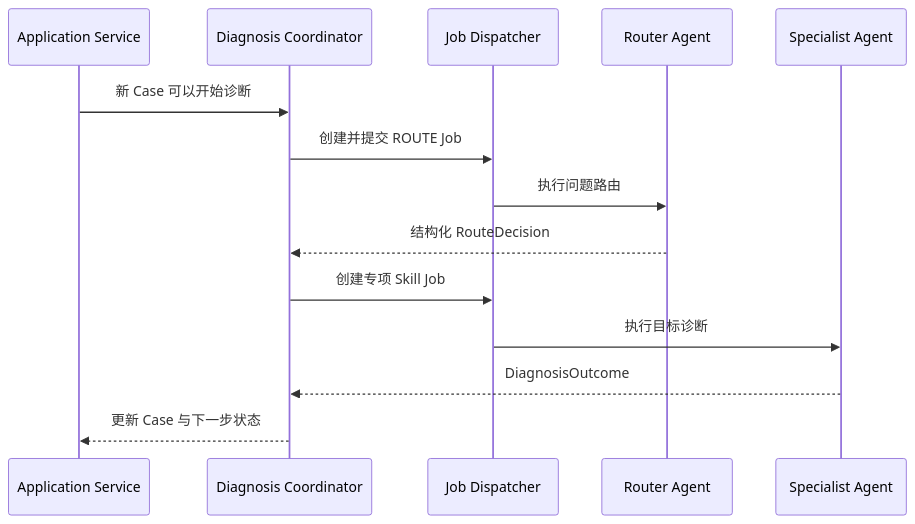
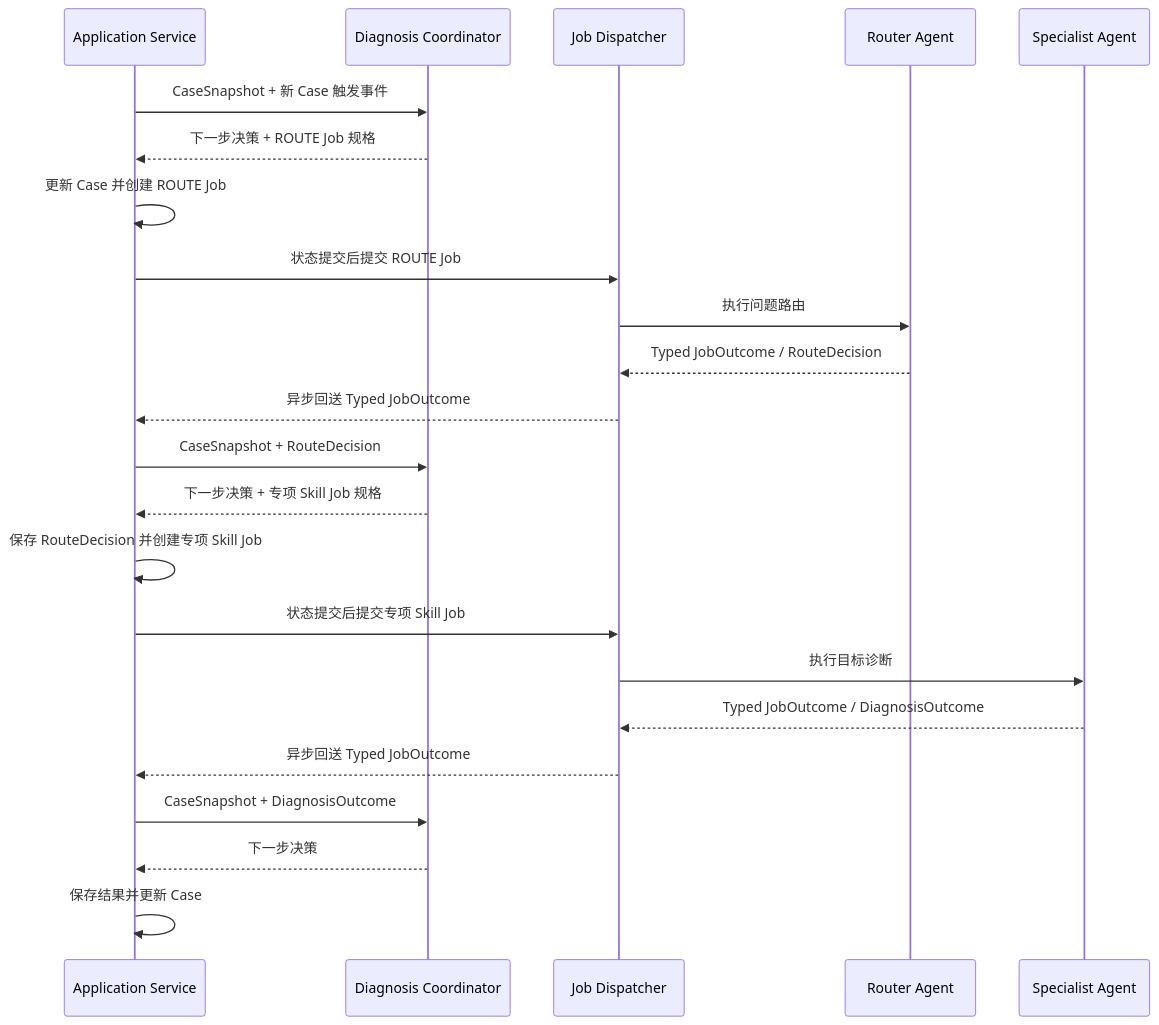
One commit to superdong1992/xiaodao changed the second of 3 diagrams in design/v1-overall-framework.md. Above: the diagram before and after it, drawn with Mermaid. The commit also changed other lines of this file and 4 other files, not shown here.

Commit message:
docs: add reviewed diagnosis architecture flows

````diff
--- a/design/v1-overall-framework.md
+++ b/design/v1-overall-framework.md
@@ -143,17 +144,26 @@
 ```mermaid
 sequenceDiagram
     participant A as Application Service
     participant C as Diagnosis Coordinator
     participant D as Job Dispatcher
     participant R as Router Agent
     participant S as Specialist Agent
 
-    A->>C: 新 Case 可以开始诊断
-    C->>D: 创建并提交 ROUTE Job
+    A->>C: CaseSnapshot + 新 Case 触发事件
+    C-->>A: 下一步决策 + ROUTE Job 规格
+    A->>A: 更新 Case 并创建 ROUTE Job
+    A->>D: 状态提交后提交 ROUTE Job
     D->>R: 执行问题路由
-    R-->>C: 结构化 RouteDecision
-    C->>D: 创建专项 Skill Job
+    R-->>D: Typed JobOutcome / RouteDecision
+    D-->>A: 异步回送 Typed JobOutcome
+    A->>C: CaseSnapshot + RouteDecision
+    C-->>A: 下一步决策 + 专项 Skill Job 规格
+    A->>A: 保存 RouteDecision 并创建专项 Skill Job
+    A->>D: 状态提交后提交专项 Skill Job
     D->>S: 执行目标诊断
-    S-->>C: DiagnosisOutcome
-    C-->>A: 更新 Case 与下一步状态
+    S-->>D: Typed JobOutcome / DiagnosisOutcome
+    D-->>A: 异步回送 Typed JobOutcome
+    A->>C: CaseSnapshot + DiagnosisOutcome
+    C-->>A: 下一步决策
+    A->>A: 保存结果并更新 Case
 ```
````
